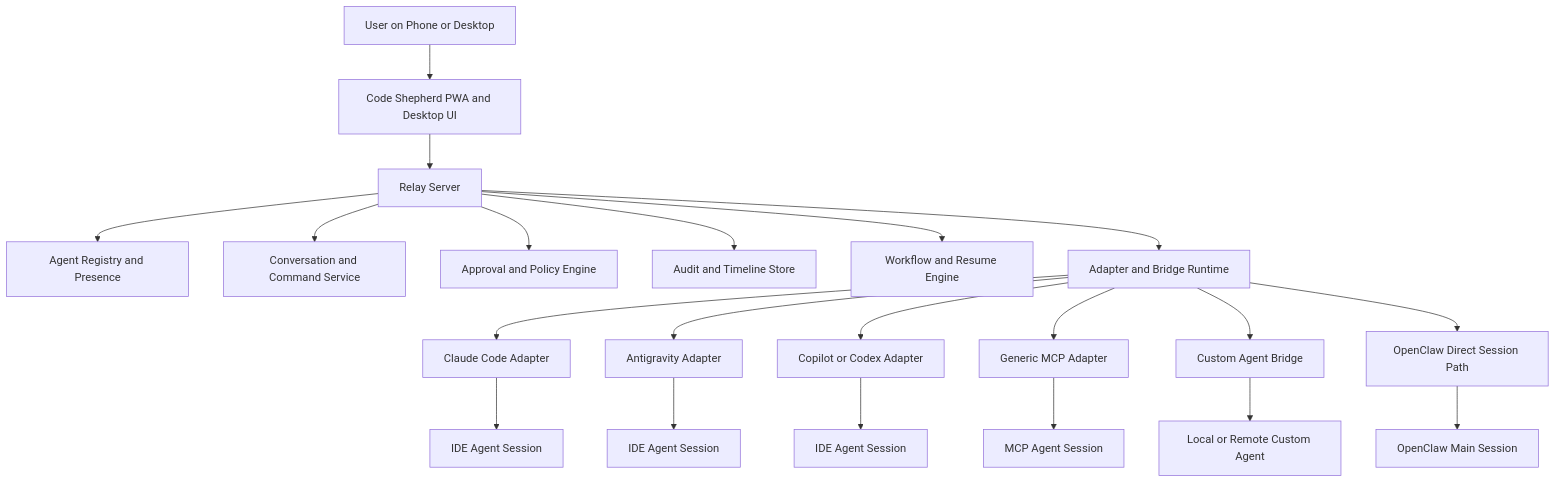
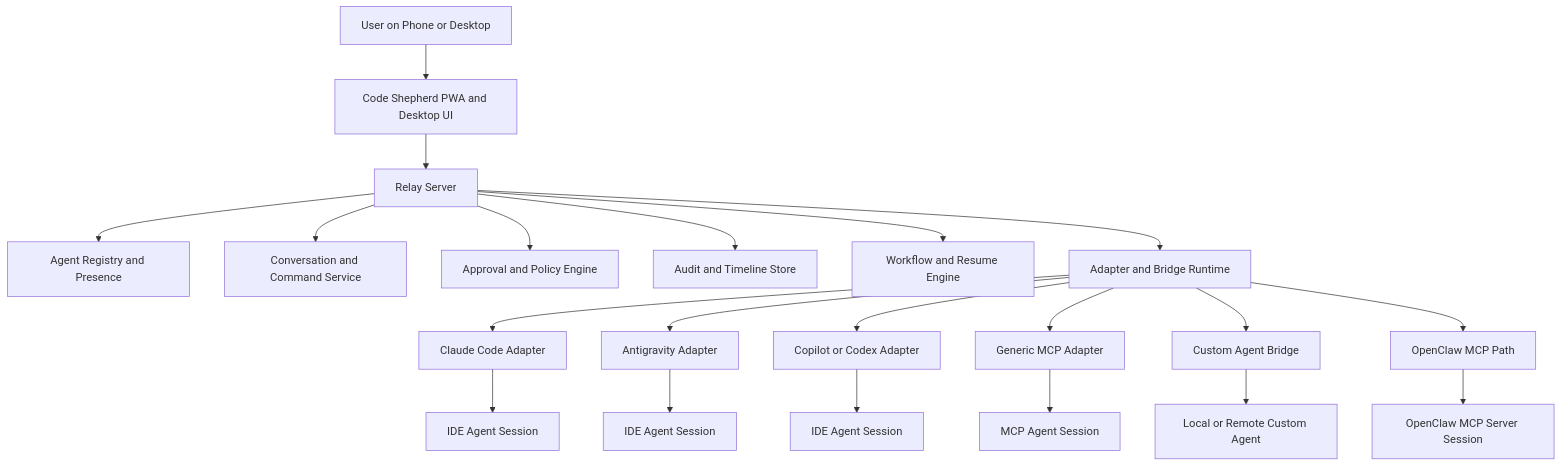
The diagram in docs/ARCHITECTURE.md (SSS-R/Code-Shepherd), drawn with Mermaid before and after one commit. The commit also changed other lines of this file and 23 other files, not shown here.

````diff
--- a/docs/ARCHITECTURE.md
+++ b/docs/ARCHITECTURE.md
@@ -33,26 +33,26 @@
 ```mermaid
 flowchart TB
     U[User on Phone or Desktop]
     U --> UI[Code Shepherd PWA and Desktop UI]
     UI --> Relay[Relay Server]
     Relay --> Presence[Agent Registry and Presence]
     Relay --> Conv[Conversation and Command Service]
     Relay --> Approval[Approval and Policy Engine]
     Relay --> Audit[Audit and Timeline Store]
     Relay --> Workflow[Workflow and Resume Engine]
     Relay --> Adapters[Adapter and Bridge Runtime]
 
     Adapters --> IDE1[Claude Code Adapter]
     Adapters --> IDE2[Antigravity Adapter]
     Adapters --> IDE3[Copilot or Codex Adapter]
     Adapters --> MCP[Generic MCP Adapter]
     Adapters --> Custom[Custom Agent Bridge]
-    Adapters --> OC[OpenClaw Direct Session Path]
+    Adapters --> OC[OpenClaw MCP Path]
 
     IDE1 --> A1[IDE Agent Session]
     IDE2 --> A2[IDE Agent Session]
     IDE3 --> A3[IDE Agent Session]
     MCP --> A4[MCP Agent Session]
     Custom --> A5[Local or Remote Custom Agent]
-    OC --> A6[OpenClaw Main Session]
+    OC --> A6[OpenClaw MCP Server Session]
 ```
````
